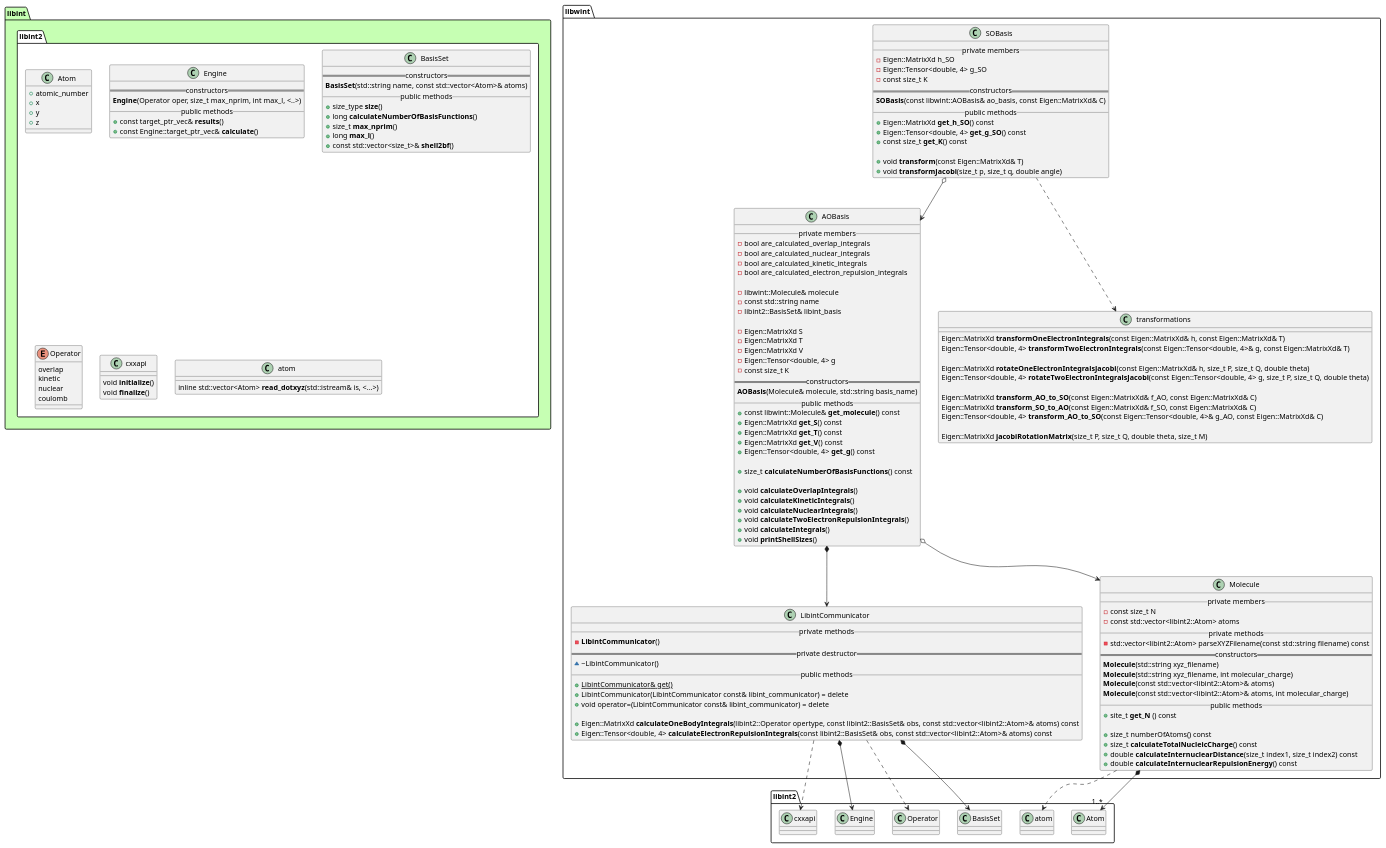
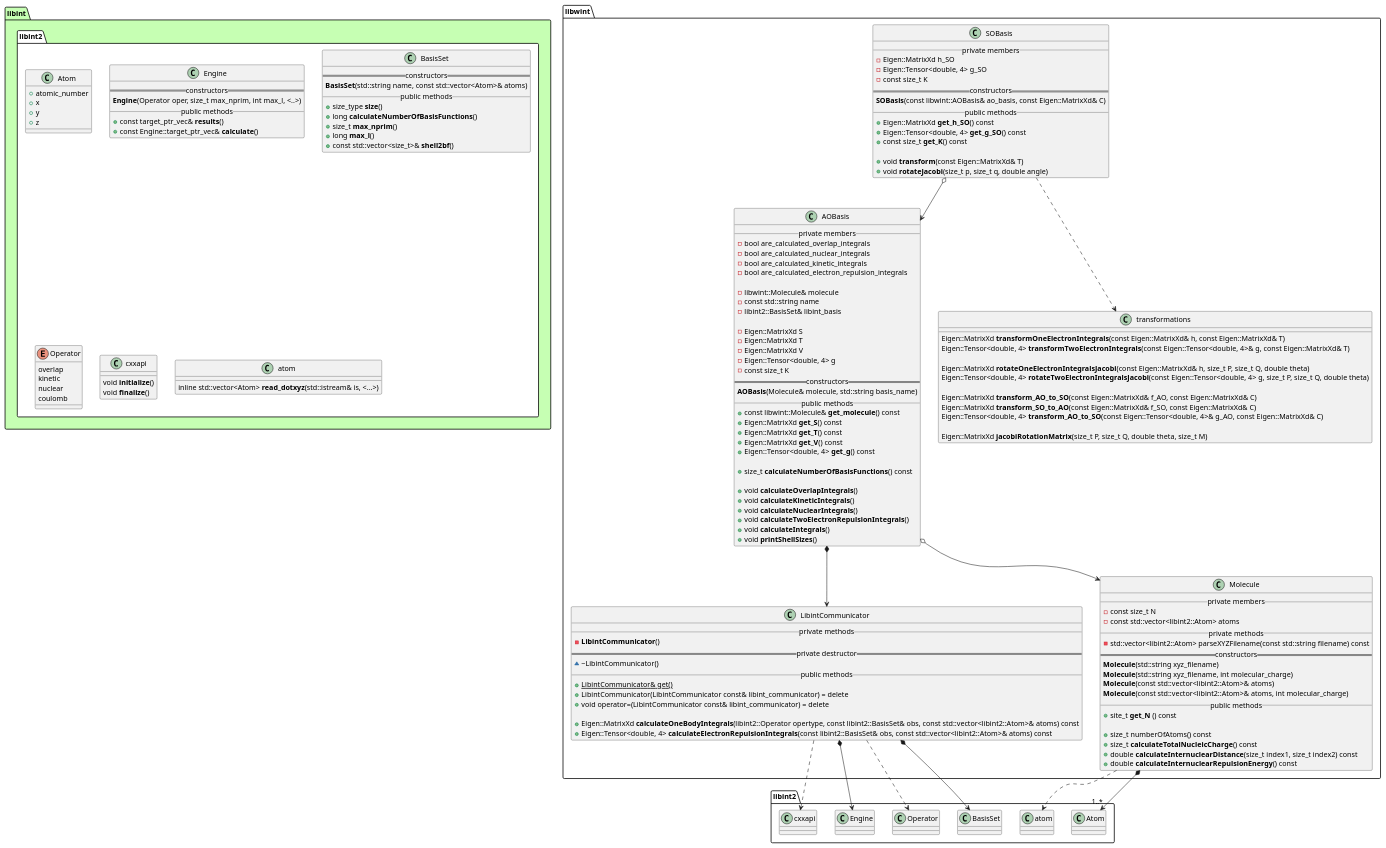
Before and after one commit to tmhuysen/libwint: the diagram in docs/libwint.puml, drawn with PlantUML. The commit also changed 3 other files, not shown here.

Commit message:
Change name and internal implementation for rotateJacobi.

```diff
--- a/docs/libwint.puml
+++ b/docs/libwint.puml
@@ -1,178 +1,178 @@
 @startuml
 
 
 
 package libint #c6ffb3 {
     namespace libint2 #ffffff {
         class Atom {
             + atomic_number
             + x
             + y
             + z
         }
 
         class Engine {
             == constructors ==
                 **Engine**(Operator oper, size_t max_nprim, int max_l, <..>)
             __ public methods __
                 + const target_ptr_vec& **results**()
                 + const Engine::target_ptr_vec& **calculate**()
         }
 
         class BasisSet {
             == constructors ==
                 **BasisSet**(std::string name, const std::vector<Atom>& atoms)
             __ public methods __
                 + size_type **size**()
                 + long **calculateNumberOfBasisFunctions**()
                 + size_t **max_nprim**()
                 + long **max_l**()
                 + const std::vector<size_t>& **shell2bf**()
         }
 
         enum Operator {
             overlap
             kinetic
             nuclear
             coulomb
         }
 
         class cxxapi {
                 void **initialize**()
                 void **finalize**()
         }
 
         class atom {
             inline std::vector<Atom> **read_dotxyz**(std::istream& is, <...>)
         }
     }
 }
 
 
 
 
 namespace libwint {
 
     class AOBasis {
         __ private members __
             - bool are_calculated_overlap_integrals
             - bool are_calculated_nuclear_integrals
             - bool are_calculated_kinetic_integrals
             - bool are_calculated_electron_repulsion_integrals
 
             - libwint::Molecule& molecule
             - const std::string name
             - libint2::BasisSet& libint_basis
 
             - Eigen::MatrixXd S
             - Eigen::MatrixXd T
             - Eigen::MatrixXd V
             - Eigen::Tensor<double, 4> g
             - const size_t K
         == constructors ==
             **AOBasis**(Molecule& molecule, std::string basis_name)
         __ public methods __
             + const libwint::Molecule& **get_molecule**() const
             + Eigen::MatrixXd **get_S**() const
             + Eigen::MatrixXd **get_T**() const
             + Eigen::MatrixXd **get_V**() const
             + Eigen::Tensor<double, 4> **get_g**() const
 
             + size_t **calculateNumberOfBasisFunctions**() const
 
             + void **calculateOverlapIntegrals**()
             + void **calculateKineticIntegrals**()
             + void **calculateNuclearIntegrals**()
             + void **calculateTwoElectronRepulsionIntegrals**()
             + void **calculateIntegrals**()
             + void **printShellSizes**()
     }
 
 
     class SOBasis {
         __ private members __
             - Eigen::MatrixXd h_SO
             - Eigen::Tensor<double, 4> g_SO
             - const size_t K
         == constructors ==
             **SOBasis**(const libwint::AOBasis& ao_basis, const Eigen::MatrixXd& C)
         __ public methods __
             + Eigen::MatrixXd **get_h_SO**() const
             + Eigen::Tensor<double, 4> **get_g_SO**() const
             + const size_t **get_K**() const
 
             + void **transform**(const Eigen::MatrixXd& T)
-            + void **transformJacobi**(size_t p, size_t q, double angle)
+            + void **rotateJacobi**(size_t p, size_t q, double angle)
     }
 
 
     class transformations {
             Eigen::MatrixXd **transformOneElectronIntegrals**(const Eigen::MatrixXd& h, const Eigen::MatrixXd& T)
             Eigen::Tensor<double, 4> **transformTwoElectronIntegrals**(const Eigen::Tensor<double, 4>& g, const Eigen::MatrixXd& T)
 
             Eigen::MatrixXd **rotateOneElectronIntegralsJacobi**(const Eigen::MatrixXd& h, size_t P, size_t Q, double theta)
             Eigen::Tensor<double, 4> **rotateTwoElectronIntegralsJacobi**(const Eigen::Tensor<double, 4> g, size_t P, size_t Q, double theta)
 
             Eigen::MatrixXd **transform_AO_to_SO**(const Eigen::MatrixXd& f_AO, const Eigen::MatrixXd& C)
             Eigen::MatrixXd **transform_SO_to_AO**(const Eigen::MatrixXd& f_SO, const Eigen::MatrixXd& C)
             Eigen::Tensor<double, 4> **transform_AO_to_SO**(const Eigen::Tensor<double, 4>& g_AO, const Eigen::MatrixXd& C)
 
             Eigen::MatrixXd **jacobiRotationMatrix**(size_t P, size_t Q, double theta, size_t M)
     }
 
 
     class LibintCommunicator {
         __ private methods __
             - **LibintCommunicator**()
         == private destructor ==
             ~ ~LibintCommunicator()
         __ public methods __
             + {static} LibintCommunicator& get()
             + LibintCommunicator(LibintCommunicator const& libint_communicator) = delete
             + void operator=(LibintCommunicator const& libint_communicator) = delete
 
             + Eigen::MatrixXd **calculateOneBodyIntegrals**(libint2::Operator opertype, const libint2::BasisSet& obs, const std::vector<libint2::Atom>& atoms) const
             + Eigen::Tensor<double, 4> **calculateElectronRepulsionIntegrals**(const libint2::BasisSet& obs, const std::vector<libint2::Atom>& atoms) const
     }
 
 
     class Molecule {
         __ private members __
             - const size_t N
             - const std::vector<libint2::Atom> atoms
         __ private methods __
             - std::vector<libint2::Atom> parseXYZFilename(const std::string filename) const
         == constructors ==
             **Molecule**(std::string xyz_filename)
             **Molecule**(std::string xyz_filename, int molecular_charge)
             **Molecule**(const std::vector<libint2::Atom>& atoms)
             **Molecule**(const std::vector<libint2::Atom>& atoms, int molecular_charge)
         __ public methods __
             + site_t **get_N** () const
 
             + size_t numberOfAtoms() const
             + size_t **calculateTotalNucleicCharge**() const
             + double **calculateInternuclearDistance**(size_t index1, size_t index2) const
             + double **calculateInternuclearRepulsionEnergy**() const
     }
 
 }
 
 
 
 libwint.AOBasis o--> libwint.Molecule
 libwint.AOBasis *--> libwint.LibintCommunicator
 
 libwint.LibintCommunicator *--> libint2.BasisSet
 libwint.LibintCommunicator ..> libint2.Operator
 libwint.LibintCommunicator *--> libint2.Engine
 libwint.LibintCommunicator ..> libint2.cxxapi
 
 libwint.Molecule *--> "1..*" libint2.Atom
 libwint.Molecule ..> libint2.atom
 
 libwint.SOBasis ..> libwint.transformations
 libwint.SOBasis o--> libwint.AOBasis
 
 
 @enduml
```
